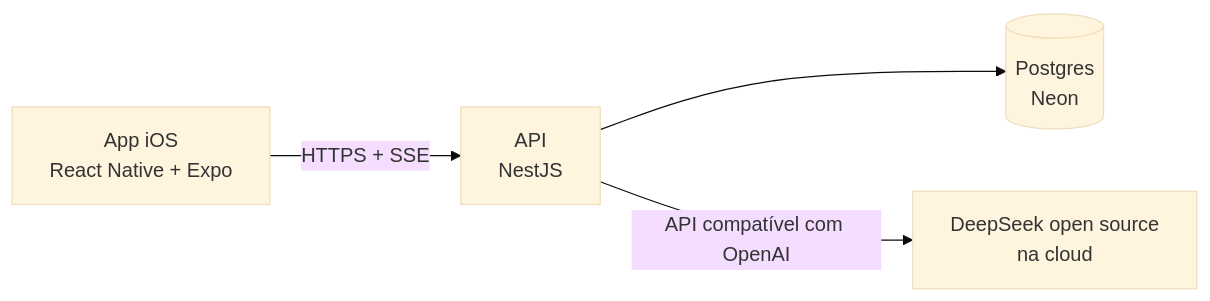
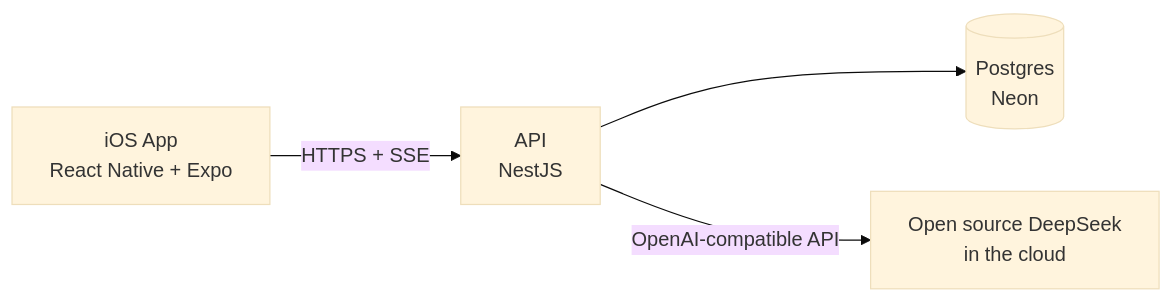
One commit to rony646/roamind changed the diagram in README.md. Above: the diagram before and after it, drawn with Mermaid (base theme). The commit also changed other lines of this file, not shown here.

````diff
--- a/README.md
+++ b/README.md
@@ -36,6 +36,6 @@
 ```mermaid
 flowchart LR
-  A[App iOS<br/>React Native + Expo] -->|HTTPS + SSE| B[API<br/>NestJS]
+  A[iOS App<br/>React Native + Expo] -->|HTTPS + SSE| B[API<br/>NestJS]
   B --> C[(Postgres<br/>Neon)]
-  B -->|API compatível com OpenAI| D[DeepSeek open source<br/>na cloud]
+  B -->|OpenAI-compatible API| D[Open source DeepSeek<br/>in the cloud]
 ```
````
